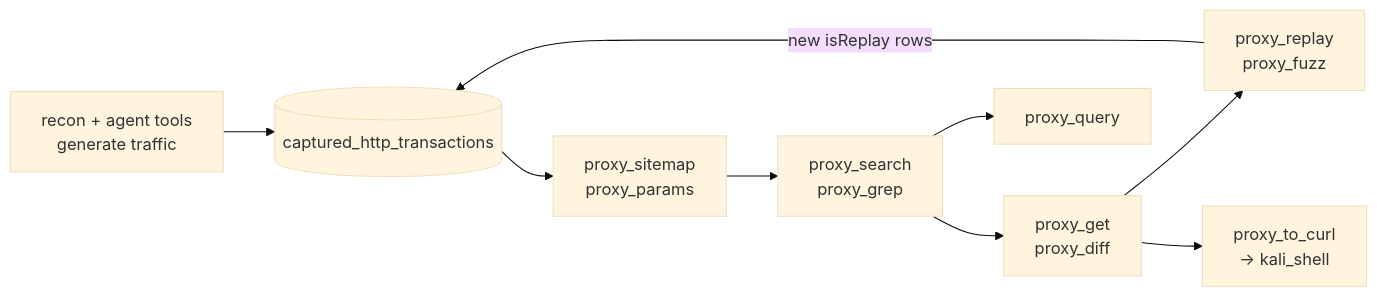
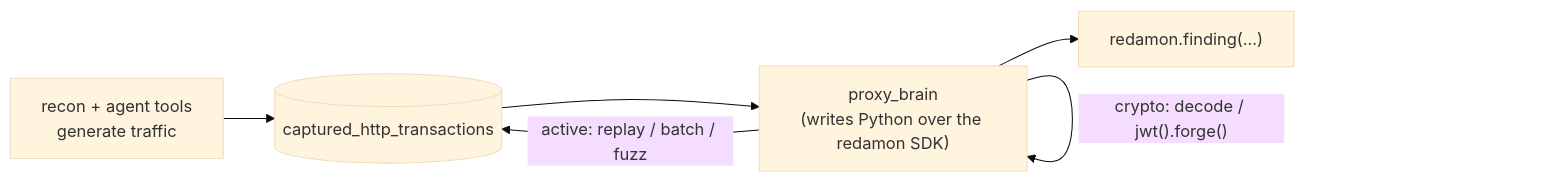
Before and after one commit to L4stPL4Y3R/redamon: diagram 11 of 11 in docs/readmes/README.TRAFFIC.md, drawn with Mermaid (base theme). The commit also changed other lines of this file and 5 other files, not shown here.

First line of the commit message:
docs(agentic): release v6.12.0 - proxy_brain replaces the ten proxy_* tools

````diff
--- a/docs/readmes/README.TRAFFIC.md
+++ b/docs/readmes/README.TRAFFIC.md
@@ -928,11 +994,9 @@
 ```mermaid
 flowchart LR
     RECON["recon + agent tools<br/>generate traffic"] --> CORPUS[("captured_http_transactions")]
-    CORPUS --> MAP["proxy_sitemap<br/>proxy_params"]
-    MAP --> HUNT["proxy_search<br/>proxy_grep"]
-    HUNT --> INSPECT["proxy_get<br/>proxy_diff"]
-    HUNT --> ANALYZE["proxy_query"]
-    INSPECT --> ACT["proxy_replay<br/>proxy_fuzz"]
-    ACT -->|new isReplay rows| CORPUS
-    INSPECT --> POC["proxy_to_curl<br/>-> kali_shell"]
+    CORPUS --> BRAIN["proxy_brain<br/>(writes Python over the redamon SDK)"]
+    BRAIN -- "read: search/sitemap/params/grep/diff/get/query" --> BRAIN
+    BRAIN -- "crypto: decode / jwt().forge()" --> BRAIN
+    BRAIN -- "active: replay / batch / fuzz" --> CORPUS
+    BRAIN --> FIND["redamon.finding(...)"]
 ```
````
